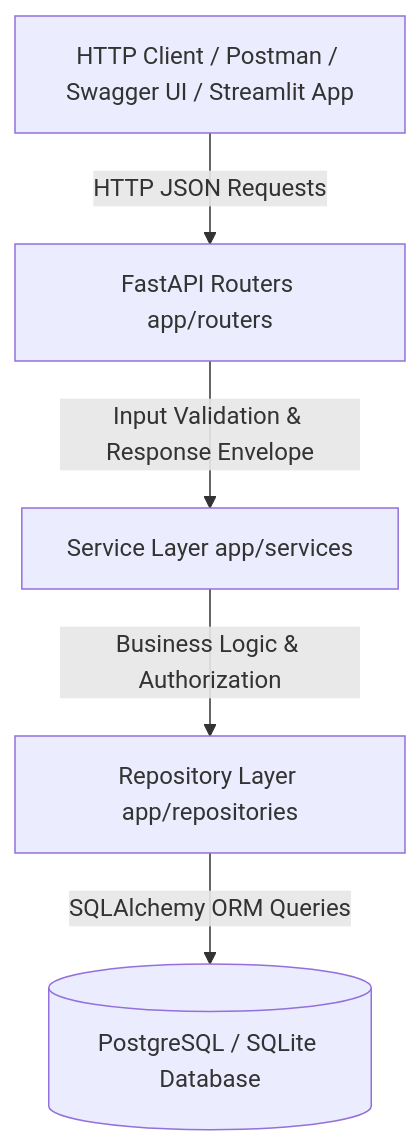
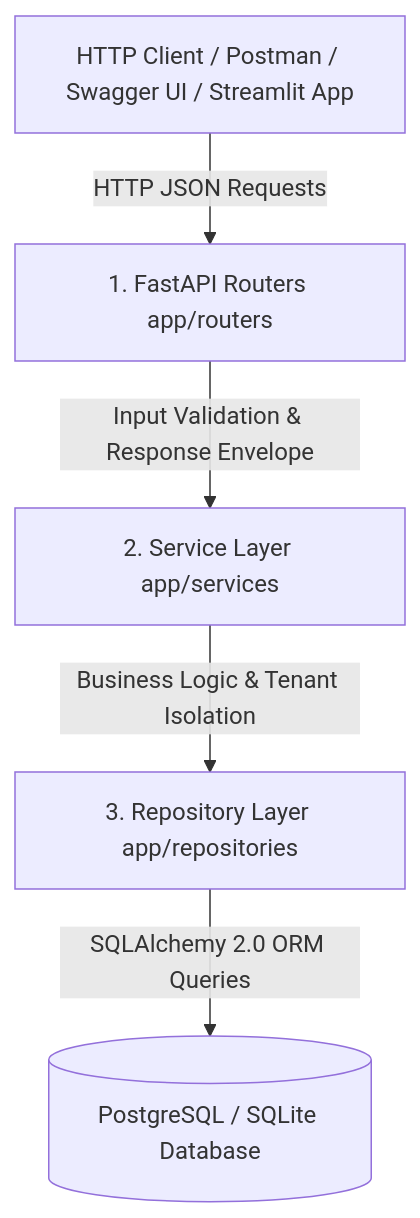
One commit to HARIHRITHIK/taskflow-api changed the first of 3 diagrams in README.md. Above: the diagram before and after it, drawn with Mermaid. The commit also changed other lines of this file and 6 other files, not shown here.

Commit message:
docs: finalize recruiter-grade README, DEMO guide, architecture specs, screenshot directory, and MIT license

````diff
--- a/README.md
+++ b/README.md
@@ -20,7 +83,7 @@
 ```mermaid
 graph TD
-    Client[HTTP Client / Postman / Swagger UI / Streamlit App] -->|HTTP JSON Requests| Router[FastAPI Routers app/routers]
-    Router -->|Input Validation & Response Envelope| Service[Service Layer app/services]
-    Service -->|Business Logic & Authorization| Repository[Repository Layer app/repositories]
-    Repository -->|SQLAlchemy ORM Queries| Database[(PostgreSQL / SQLite Database)]
+    Client[HTTP Client / Postman / Swagger UI / Streamlit App] -->|HTTP JSON Requests| Router[1. FastAPI Routers app/routers]
+    Router -->|Input Validation & Response Envelope| Service[2. Service Layer app/services]
+    Service -->|Business Logic & Tenant Isolation| Repository[3. Repository Layer app/repositories]
+    Repository -->|SQLAlchemy 2.0 ORM Queries| Database[(PostgreSQL / SQLite Database)]
 ```
````
